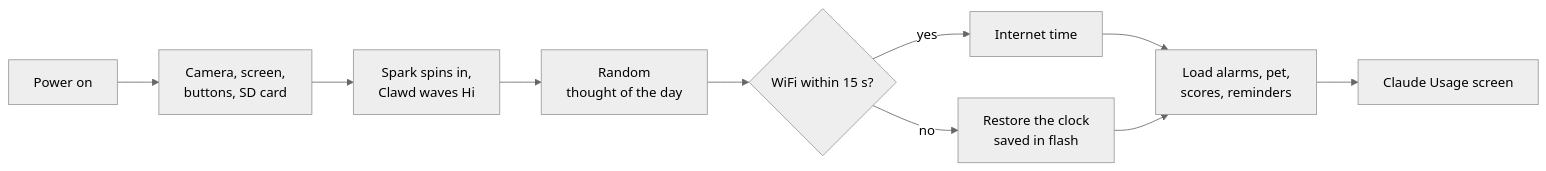
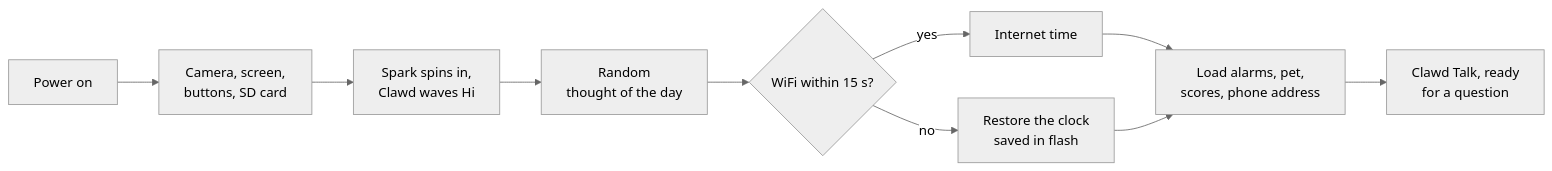
One commit to vikas-meu/Clawd_Handy changed the second of 3 diagrams in README.md. Above: the diagram before and after it, drawn with Mermaid (neutral theme). The commit also changed other lines of this file and 32 other files, not shown here.

First line of the commit message:
Clawd Handy 2.0: phone-powered push-to-talk companion

````diff
--- a/README.md
+++ b/README.md
@@ -46,12 +95,12 @@
 ```mermaid
 flowchart LR
     A[Power on] --> B[Camera, screen,<br/>buttons, SD card]
     B --> C[Spark spins in,<br/>Clawd waves Hi]
     C --> D[Random<br/>thought of the day]
     D --> E{WiFi within 15 s?}
     E -- yes --> F[Internet time]
     E -- no --> G[Restore the clock<br/>saved in flash]
-    F --> H[Load alarms, pet,<br/>scores, reminders]
+    F --> H[Load alarms, pet,<br/>scores, phone address]
     G --> H
-    H --> I[Claude Usage screen]
+    H --> I[Clawd Talk, ready<br/>for a question]
 ```
````
